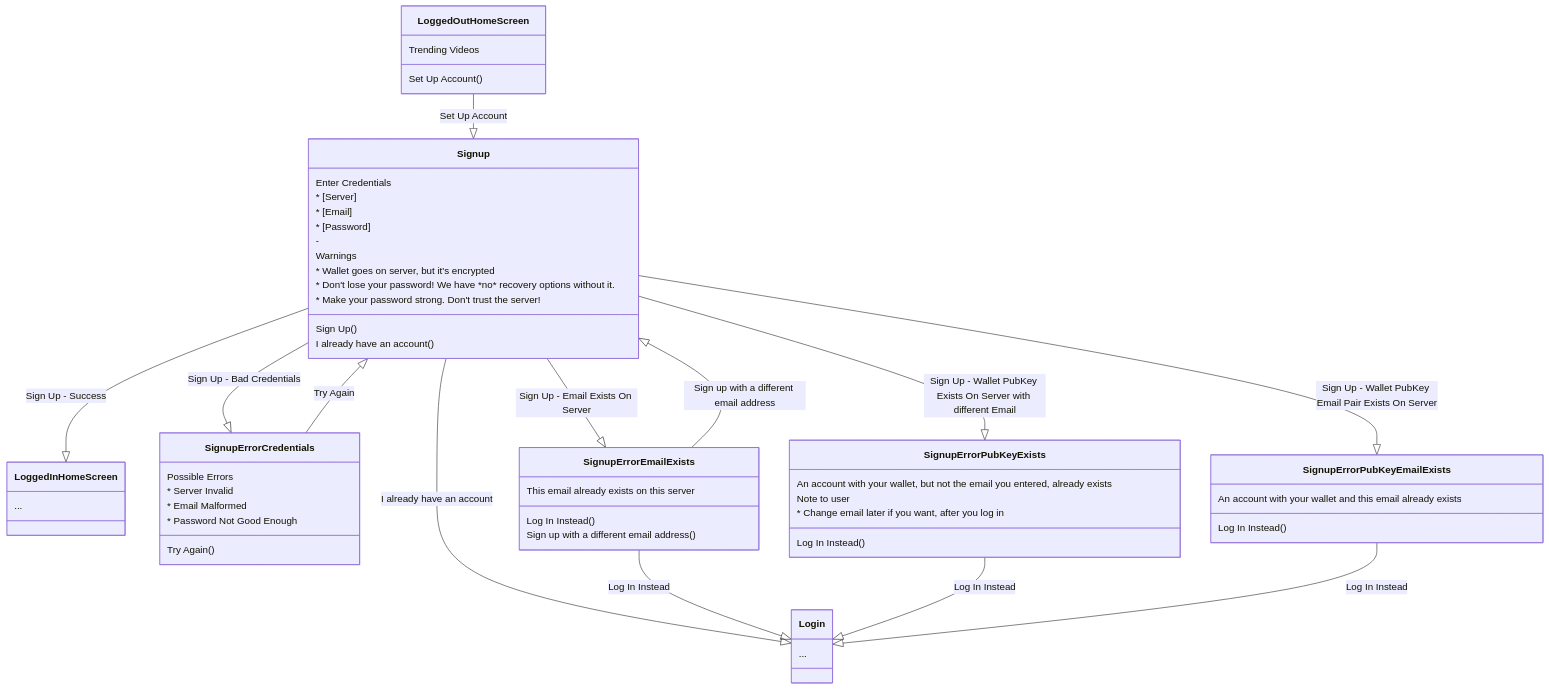
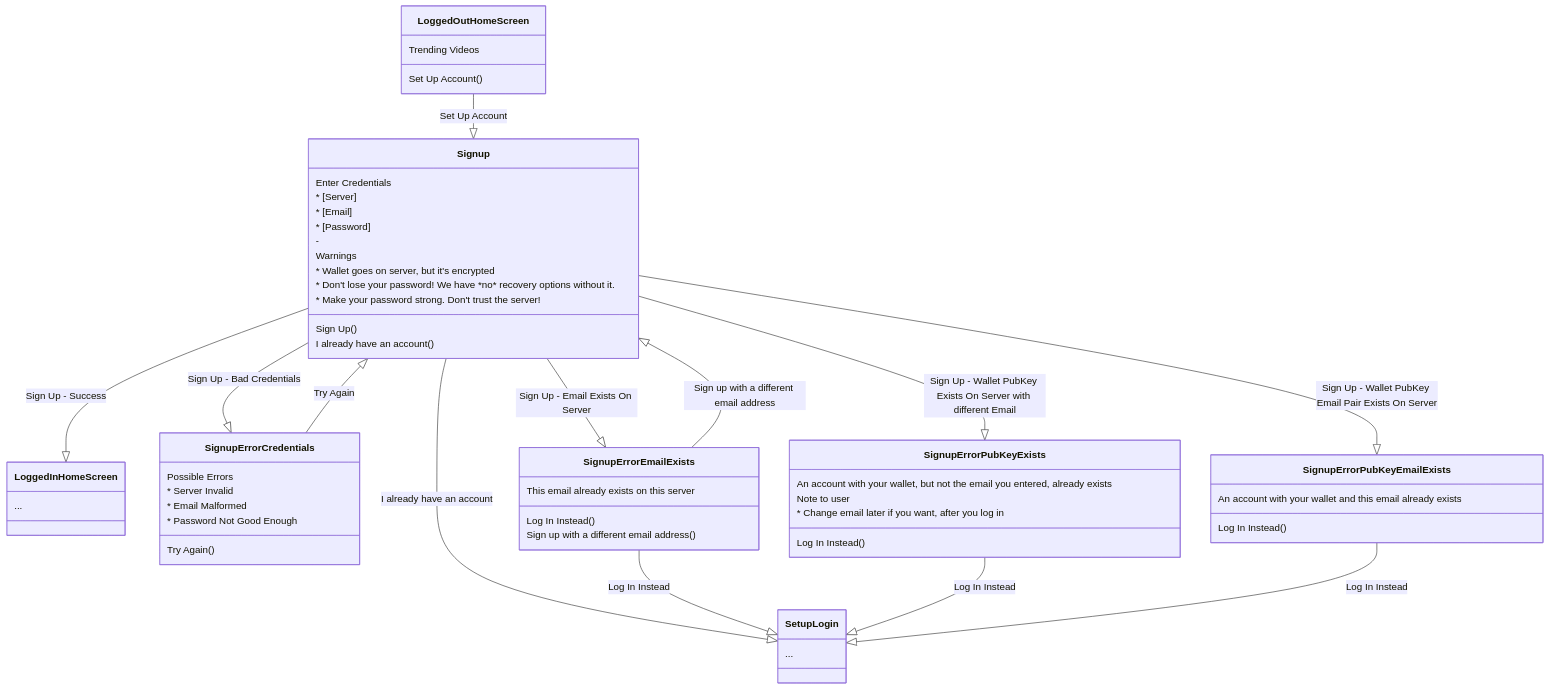
One commit to orblivion/lbry-wallet-sync-draft changed the first of 6 diagrams in spec/user-flows.md. Above: the diagram before and after it, drawn with Mermaid. The commit also changed other lines of this file, not shown here.

Commit message:
User Flows - Rename a couple things

````diff
--- a/spec/user-flows.md
+++ b/spec/user-flows.md
@@ -7,57 +7,57 @@
 ```mermaid
 classDiagram
 
 LoggedOutHomeScreen --|> Signup : Set Up Account
 Signup --|> LoggedInHomeScreen : Sign Up - Success
-Signup --|> Login : I already have an account
+Signup --|> SetupLogin : I already have an account
 
 Signup --|> SignupErrorCredentials : Sign Up - Bad Credentials
 SignupErrorCredentials --|> Signup : Try Again
 
 Signup --|> SignupErrorEmailExists : Sign Up - Email Exists On Server
 SignupErrorEmailExists --|> Signup : Sign up with a different email address
-SignupErrorEmailExists --|> Login : Log In Instead
+SignupErrorEmailExists --|> SetupLogin : Log In Instead
 
 Signup --|> SignupErrorPubKeyExists : Sign Up - Wallet PubKey Exists On Server with different Email
-SignupErrorPubKeyExists --|> Login : Log In Instead
+SignupErrorPubKeyExists --|> SetupLogin : Log In Instead
 
 Signup --|> SignupErrorPubKeyEmailExists : Sign Up - Wallet PubKey Email Pair Exists On Server
-SignupErrorPubKeyEmailExists --|> Login : Log In Instead
+SignupErrorPubKeyEmailExists --|> SetupLogin : Log In Instead
 
 LoggedOutHomeScreen : Trending Videos
 LoggedOutHomeScreen : Set Up Account()
 
 LoggedInHomeScreen : ...
 
 Signup : Enter Credentials
 Signup : * [Server]
 Signup : * [Email]
 Signup : * [Password]
 Signup : -
 Signup : Warnings
 Signup : * Wallet goes on server, but it's encrypted
 Signup : * Don't lose your password! We have *no* recovery options without it.
 Signup : * Make your password strong. Don't trust the server!
 Signup : Sign Up()
 Signup : I already have an account()
 
 SignupErrorCredentials : Possible Errors
 SignupErrorCredentials : * Server Invalid
 SignupErrorCredentials : * Email Malformed
 SignupErrorCredentials : * Password Not Good Enough
 SignupErrorCredentials : Try Again()
 
 SignupErrorPubKeyExists : An account with your wallet, but not the email you entered, already exists
 SignupErrorPubKeyExists : Note to user
 SignupErrorPubKeyExists : * Change email later if you want, after you log in
 SignupErrorPubKeyExists : Log In Instead()
 
 SignupErrorPubKeyEmailExists : An account with your wallet and this email already exists
 SignupErrorPubKeyEmailExists : Log In Instead()
 
 SignupErrorEmailExists : This email already exists on this server
 SignupErrorEmailExists : Log In Instead()
 SignupErrorEmailExists : Sign up with a different email address()
 
-Login : ...
+SetupLogin : ...
 ```
````
